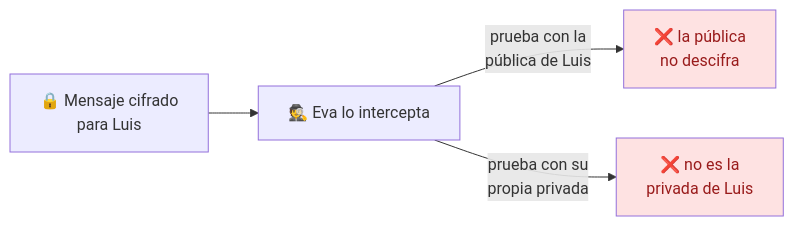
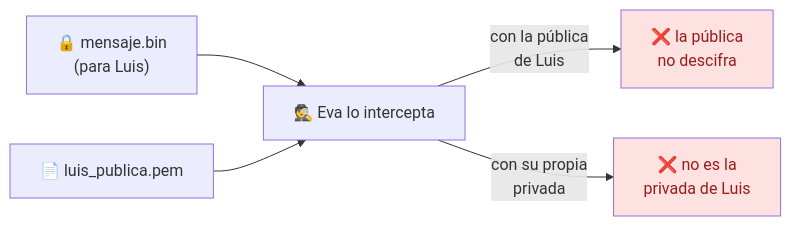
Before and after one commit to campusdevfp/cybersec2627: the seventh of 12 diagrams in docs/ud1/index.md, drawn with Mermaid. The commit also changed other lines of this file and 1 other file, not shown here.

````diff
--- a/docs/ud1/index.md
+++ b/docs/ud1/index.md
@@ -457,8 +489,9 @@
 ```mermaid
 flowchart LR
-    C["🔒 Mensaje cifrado<br/>para Luis"] --> Eva["🕵️ Eva lo intercepta"]
-    Eva -->|"prueba con la<br/>pública de Luis"| X1["❌ la pública<br/>no descifra"]
-    Eva -->|"prueba con su<br/>propia privada"| X2["❌ no es la<br/>privada de Luis"]
+    C["🔒 mensaje.bin<br/>(para Luis)"] --> Eva["🕵️ Eva lo intercepta"]
+    PEM["📄 luis_publica.pem"] --> Eva
+    Eva -->|"con la pública<br/>de Luis"| X1["❌ la pública<br/>no descifra"]
+    Eva -->|"con su propia<br/>privada"| X2["❌ no es la<br/>privada de Luis"]
     style X1 fill:#fee2e2,color:#991b1b
     style X2 fill:#fee2e2,color:#991b1b
 ```
````
